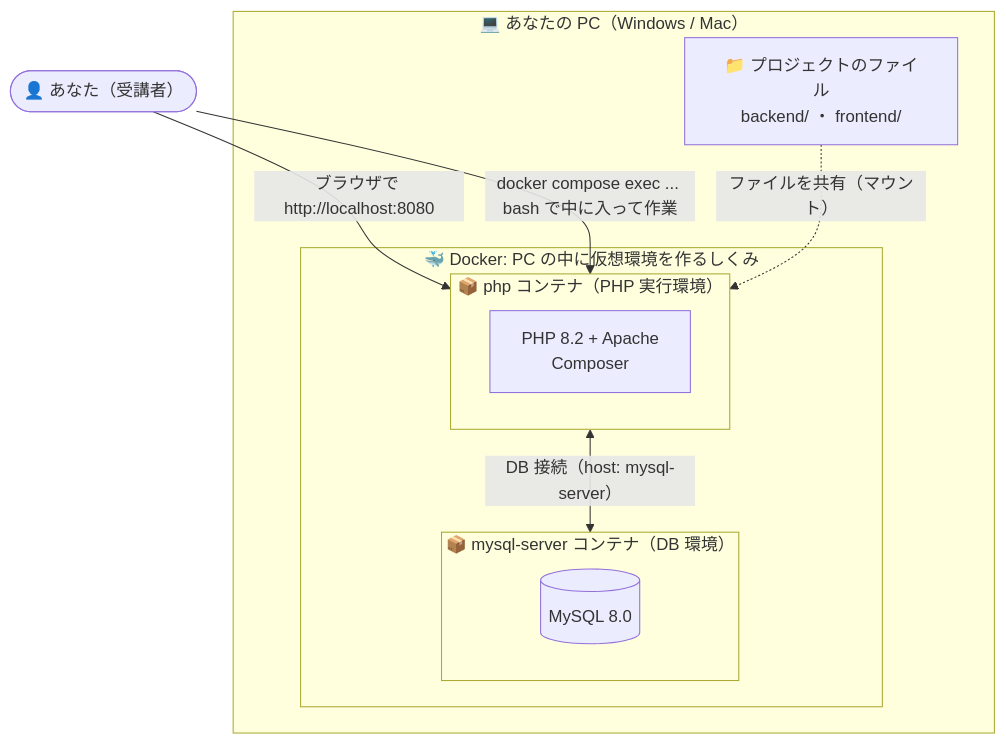
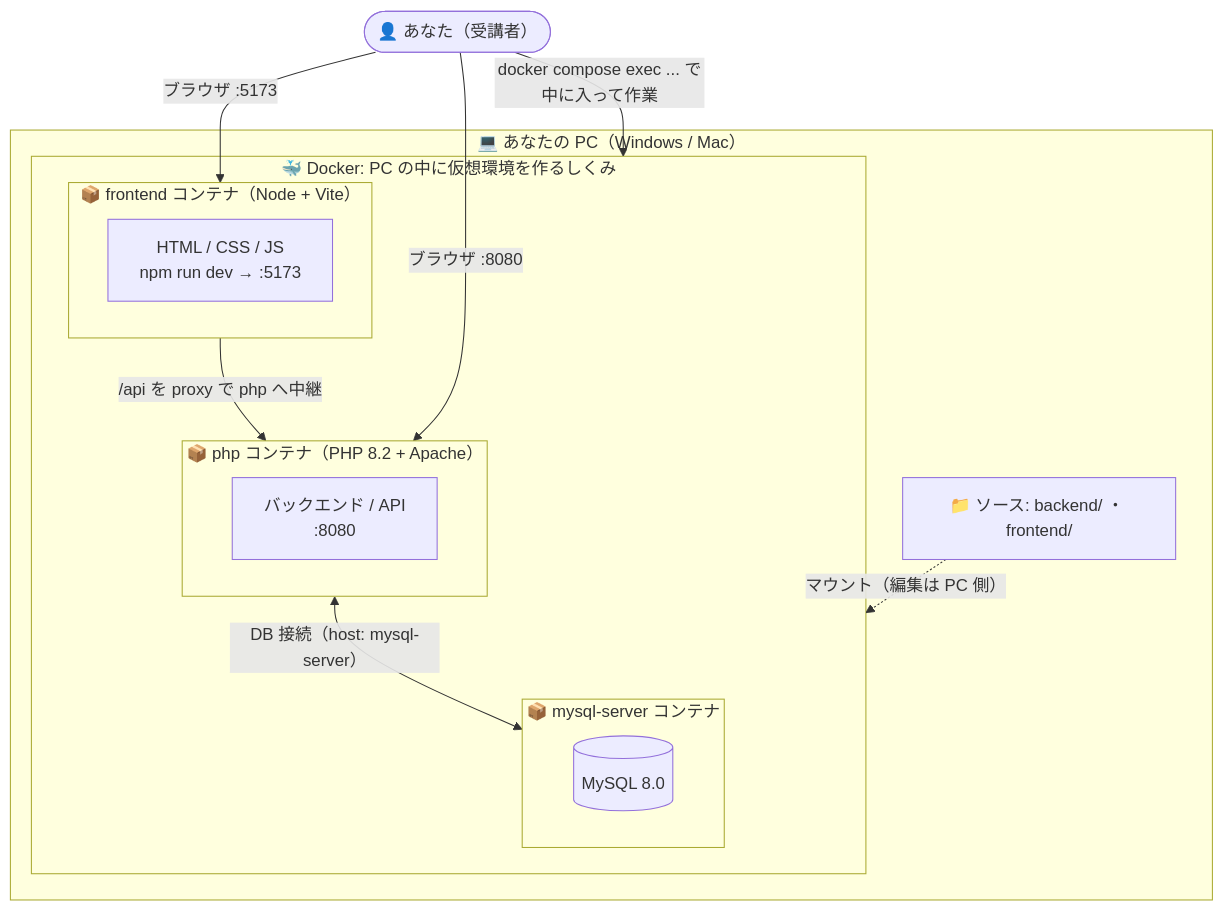
Before and after one commit to techbeansjp-free/lms-environment: the diagram in README.md, drawn with Mermaid. The commit also changed other lines of this file and 5 other files, not shown here.

First line of the commit message:
feat: フロントを Vite(npm run dev) 化し Node コンテナを追加

````diff
--- a/README.md
+++ b/README.md
@@ -13,21 +13,26 @@
 ```mermaid
 flowchart TB
     user(["👤 あなた（受講者）"])
 
     subgraph PC["💻 あなたの PC（Windows / Mac）"]
-        files["📁 プロジェクトのファイル<br/>backend/ ・ frontend/"]
+        files["📁 ソース: backend/ ・ frontend/"]
         subgraph DOCKER["🐳 Docker: PC の中に仮想環境を作るしくみ"]
-            subgraph PHPC["📦 php コンテナ（PHP 実行環境）"]
-                PHP["PHP 8.2 + Apache<br/>Composer"]
+            subgraph FEC["📦 frontend コンテナ（Node + Vite）"]
+                FE["HTML / CSS / JS<br/>npm run dev → :5173"]
             end
-            subgraph DBC["📦 mysql-server コンテナ（DB 環境）"]
+            subgraph PHPC["📦 php コンテナ（PHP 8.2 + Apache）"]
+                PHP["バックエンド / API<br/>:8080"]
+            end
+            subgraph DBC["📦 mysql-server コンテナ"]
                 DB[("MySQL 8.0")]
             end
         end
     end
 
-    user -->|"ブラウザで http://localhost:8080"| PHPC
-    user -->|"docker compose exec ... bash で中に入って作業"| PHPC
-    files -.->|"ファイルを共有（マウント）"| PHPC
+    user -->|"ブラウザ :5173"| FEC
+    user -->|"ブラウザ :8080"| PHPC
+    user -->|"docker compose exec ... で中に入って作業"| DOCKER
+    files -.->|"マウント（編集は PC 側）"| DOCKER
+    FEC -->|"/api を proxy で php へ中継"| PHPC
     PHPC <-->|"DB 接続（host: mysql-server）"| DBC
 ```
````
